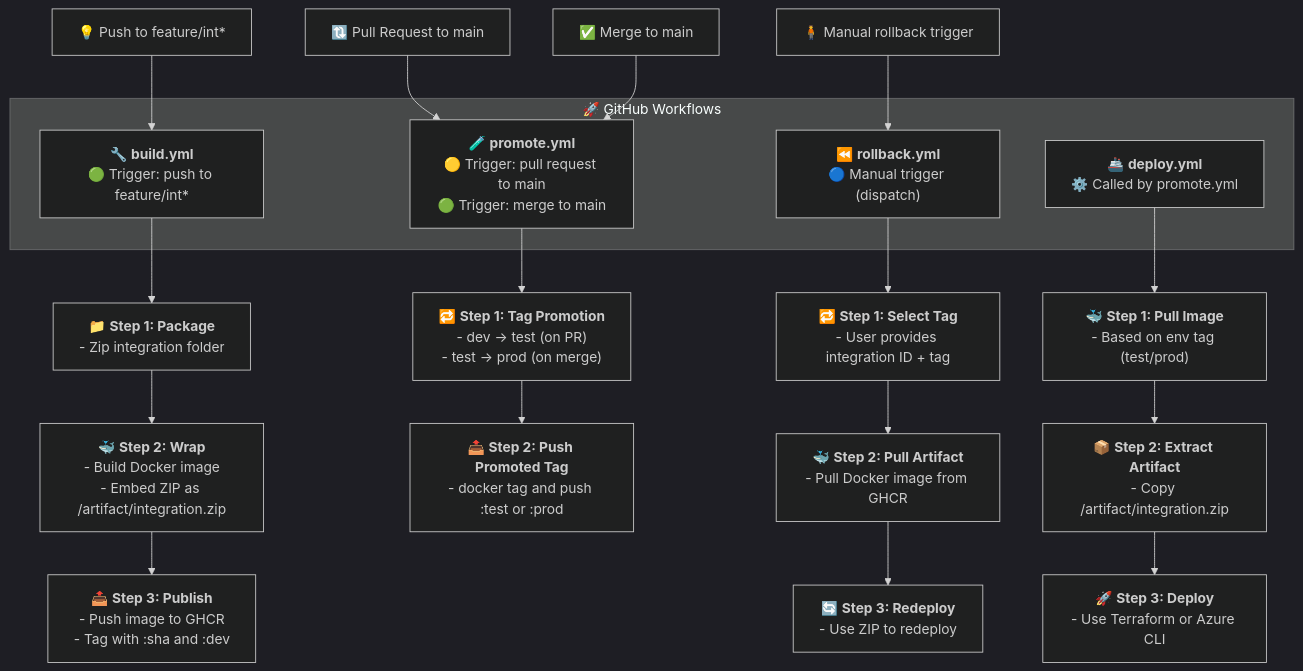
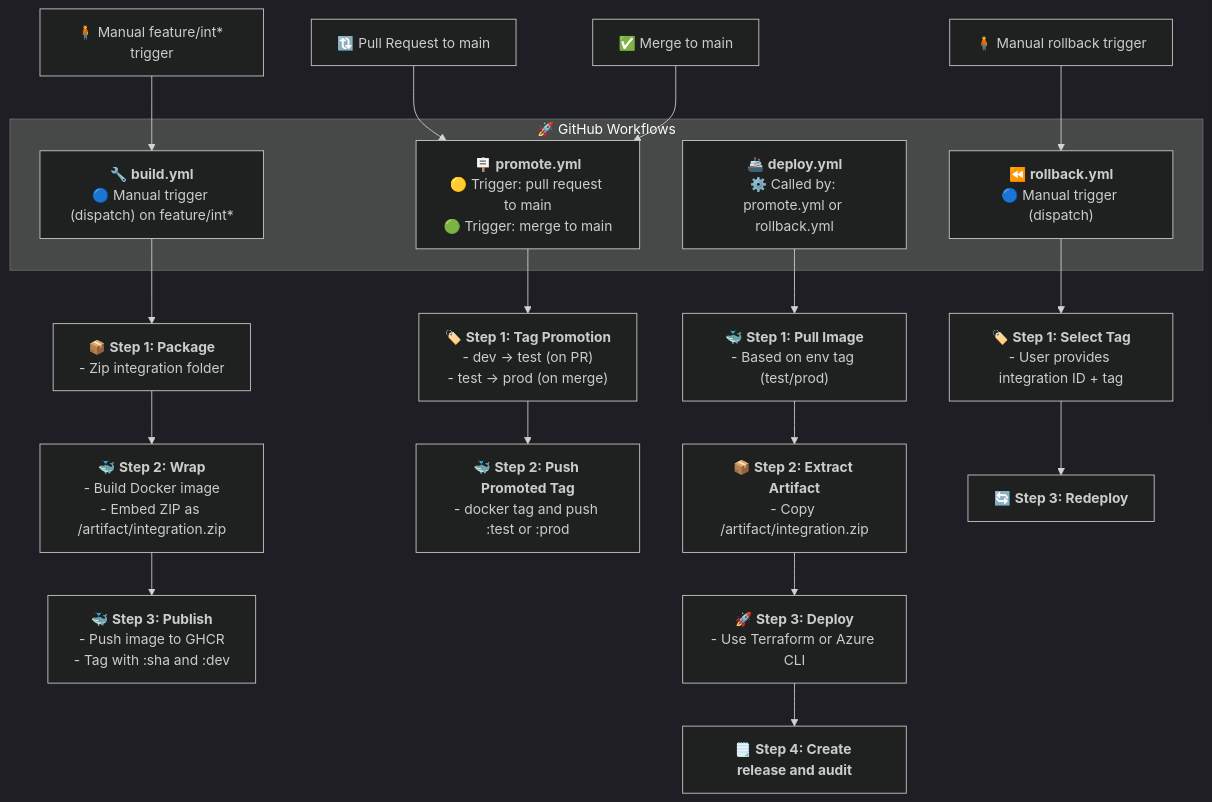
One commit to antonidag/radius changed the diagram in README.md. Above: the diagram before and after it, drawn with Mermaid (dark theme).

Commit message:
add git flow

````diff
--- a/README.md
+++ b/README.md
@@ -1,35 +1,24 @@
 ```mermaid
 flowchart TD
-
-  subgraph "🚀 GitHub Workflows"
-    W1["🔧 <b>build.yml</b><br/>🟢 Trigger: push to feature/int*"]
-    W2["🧪 <b>promote.yml</b><br/>🟡 Trigger: pull request to main<br/>🟢 Trigger: merge to main"]
-    W3["🚢 <b>deploy.yml</b><br/>⚙️ Called by promote.yml"]
-    W4["⏪ <b>rollback.yml</b><br/>🔵 Manual trigger (dispatch)"]
+ subgraph subGraph0["🚀 GitHub Workflows"]
+        W1["🔧 <b>build.yml</b><br>🔵 Manual trigger (dispatch) on feature/int*"]
+        W2["🪧 <b>promote.yml</b><br>🟡 Trigger: pull request to main<br>🟢 Trigger: merge to main"]
+        W3["🚢 <b>deploy.yml</b><br>⚙️ Called by: promote.yml or rollback.yml"]
+        W4["⏪ <b>rollback.yml</b><br>🔵 Manual trigger (dispatch)"]
   end
-
-  %% Steps for build.yml
-  W1 --> B1["📁 <b>Step 1: Package</b><br/>- Zip integration folder"]
-  B1 --> B2["🐳 <b>Step 2: Wrap</b><br/>- Build Docker image<br/>- Embed ZIP as /artifact/integration.zip"]
-  B2 --> B3["📤 <b>Step 3: Publish</b><br/>- Push image to GHCR<br/>- Tag with :sha and :dev"]
-
-  %% Steps for promote.yml
-  W2 --> P1["🔁 <b>Step 1: Tag Promotion</b><br/>- dev → test (on PR)<br/>- test → prod (on merge)"]
-  P1 --> P2["📤 <b>Step 2: Push Promoted Tag</b><br/>- docker tag and push :test or :prod"]
-
-  %% Steps for deploy.yml
-  W3 --> D1["🐳 <b>Step 1: Pull Image</b><br/>- Based on env tag (test/prod)"]
-  D1 --> D2["📦 <b>Step 2: Extract Artifact</b><br/>- Copy /artifact/integration.zip"]
-  D2 --> D3["🚀 <b>Step 3: Deploy</b><br/>- Use Terraform or Azure CLI"]
-
-  %% Steps for rollback.yml
-  W4 --> R1["🔁 <b>Step 1: Select Tag</b><br/>- User provides integration ID + tag"]
-  R1 --> R2["🐳 <b>Step 2: Pull Artifact</b><br/>- Pull Docker image from GHCR"]
-  R2 --> R3["🔄 <b>Step 3: Redeploy</b><br/>- Use ZIP to redeploy"]
-
-  %% Relationships (branches → workflows)
-  DevPush["💡 Push to feature/int*"] --> W1
-  PullRequest["🔃 Pull Request to main"] --> W2
-  MergeMain["✅ Merge to main"] --> W2
-  ManualRollback["🧍 Manual rollback trigger"] --> W4
+    W1 --> B1["📦 <b>Step 1: Package</b><br>- Zip integration folder"]
+    B1 --> B2["🐳 <b>Step 2: Wrap</b><br>- Build Docker image<br>- Embed ZIP as /artifact/integration.zip"]
+    B2 --> B3["🐳 <b>Step 3: Publish</b><br>- Push image to GHCR<br>- Tag with :sha and :dev"]
+    W2 --> P1["🏷️ <b>Step 1: Tag Promotion</b><br>- dev → test (on PR)<br>- test → prod (on merge)"]
+    P1 --> P2["🐳 <b>Step 2: Push Promoted Tag</b><br>- docker tag and push :test or :prod"]
+    W3 --> D1["🐳 <b>Step 1: Pull Image</b><br>- Based on env tag (test/prod)"]
+    D1 --> D2["📦 <b>Step 2: Extract Artifact</b><br>- Copy /artifact/integration.zip"]
+    D2 --> D3["🚀 <b>Step 3: Deploy</b><br>- Use Terraform or Azure CLI"]
+    D3 --> D4["🗒️ <b>Step 4: Create release and audit</b><br>"]
+    W4 --> R1["🏷️ <b>Step 1: Select Tag</b><br>- User provides integration ID + tag"]
+    R1 --> R2["🔄 <b>Step 3: Redeploy</b><br>"]
+    DevPush["🧍 Manual feature/int* trigger"] --> W1
+    PullRequest["🔃 Pull Request to main"] --> W2
+    MergeMain["✅ Merge to main"] --> W2
+    ManualRollback["🧍 Manual rollback trigger"] --> W4
 ```
````
